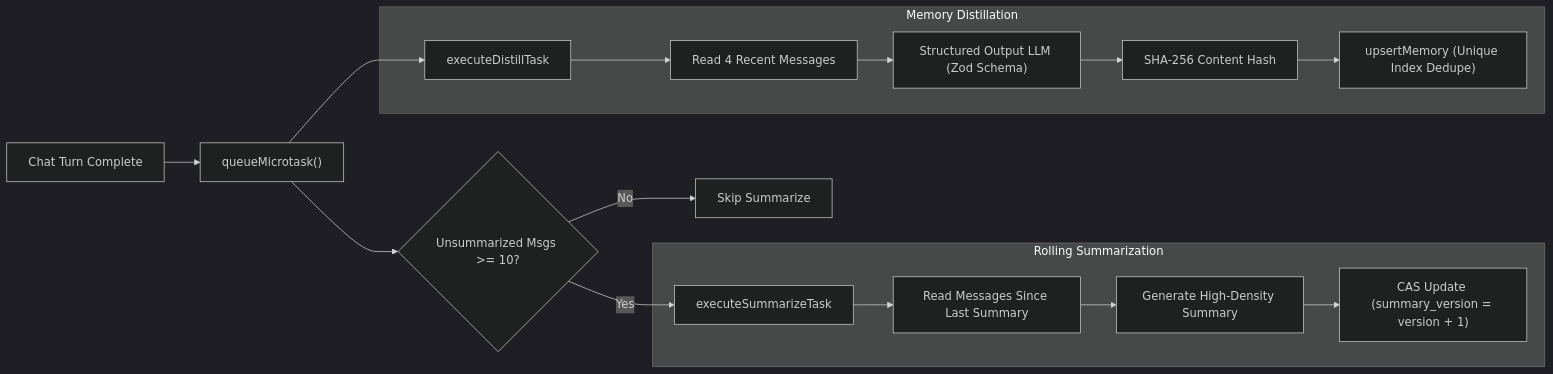
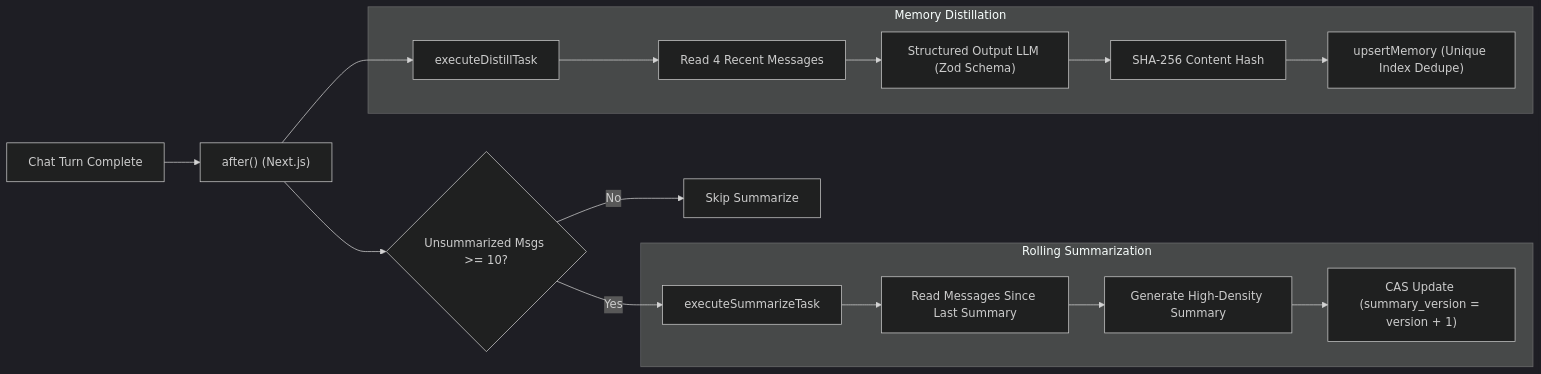
The fourth of 5 diagrams in DESIGN.md (heysagnik/lyra), drawn with Mermaid (dark theme) before and after one commit. The commit also changed other lines of this file and 19 other files, not shown here.

````diff
--- a/DESIGN.md
+++ b/DESIGN.md
@@ -243,21 +250,21 @@
 ```mermaid
 flowchart LR
-    TurnEnd["Chat Turn Complete"] --> Dispatch["queueMicrotask()"]
+    TurnEnd["Chat Turn Complete"] --> Dispatch["after() (Next.js)"]
     Dispatch --> TaskDistill["executeDistillTask"]
     Dispatch --> Condition{"Unsummarized Msgs >= 10?"}
     Condition -- Yes --> TaskSummary["executeSummarizeTask"]
     Condition -- No --> Done["Skip Summarize"]
 
     subgraph Distillation ["Memory Distillation"]
         TaskDistill --> FetchRecent["Read 4 Recent Messages"]
         FetchRecent --> LLM_Distill["Structured Output LLM (Zod Schema)"]
         LLM_Distill --> Hash["SHA-256 Content Hash"]
         Hash --> UpsertMem["upsertMemory (Unique Index Dedupe)"]
     end
 
     subgraph Summarization ["Rolling Summarization"]
         TaskSummary --> FetchOlder["Read Messages Since Last Summary"]
         FetchOlder --> LLM_Summary["Generate High-Density Summary"]
         LLM_Summary --> CAS_Update["CAS Update (summary_version = version + 1)"]
     end
 ```
````
